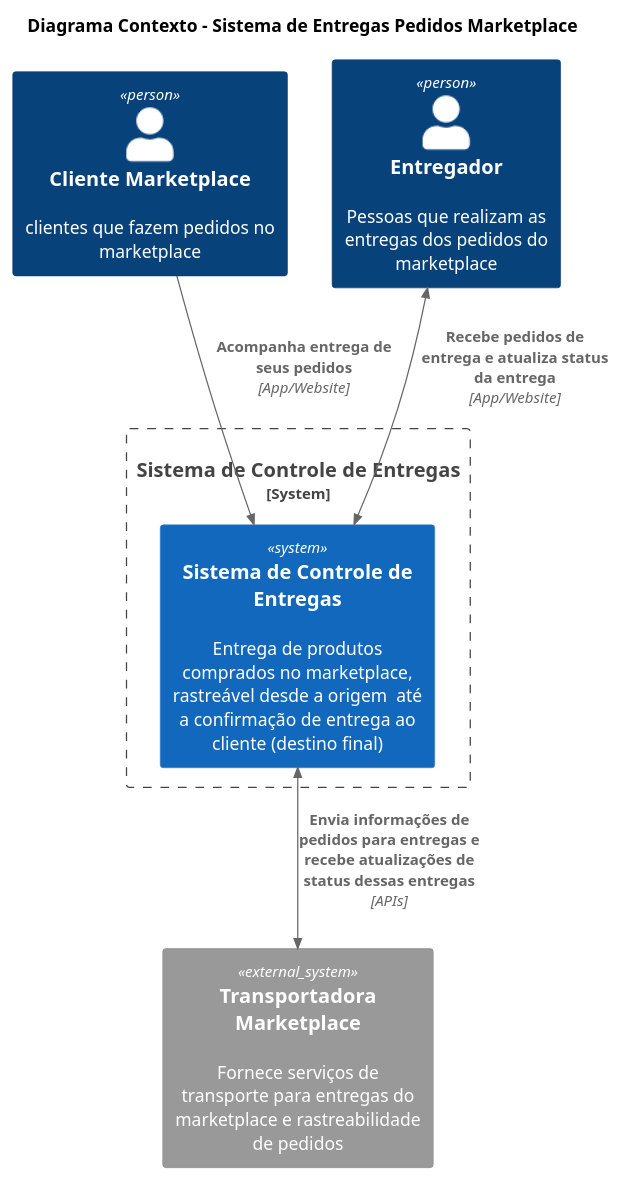
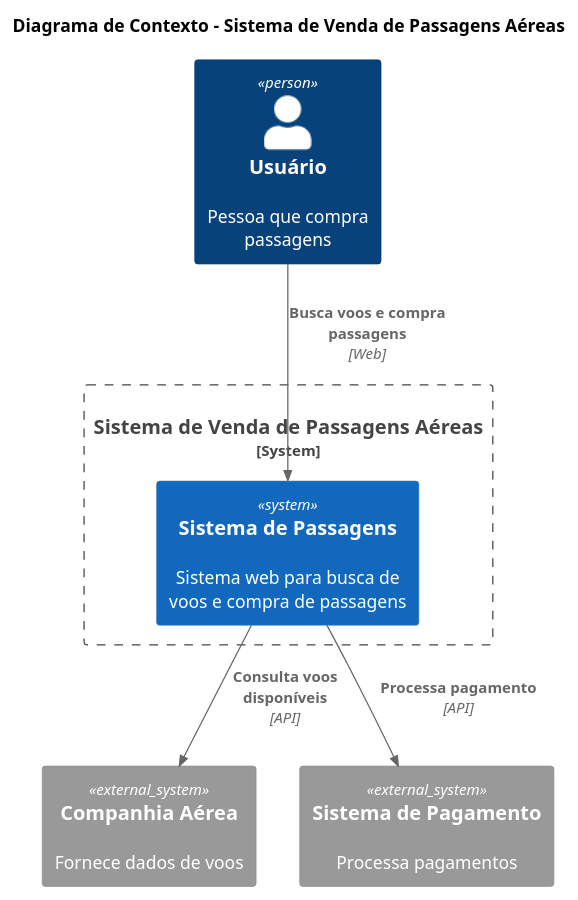
Before and after one commit to Larissa240/PW-Sistema_de_Venda_de_Passagens: the diagram in MODELC4/contexto.puml, drawn with PlantUML. The commit also changed 923 other files, not shown here.

```diff
--- a/MODELC4/contexto.puml
+++ b/MODELC4/contexto.puml
@@ -1,18 +1,20 @@
-@startuml C4_Context
-!include https://raw.githubusercontent.com/RicardoNiepel/C4-PlantUML/master/C4_Context.puml
+@startuml
+!includeurl https://raw.githubusercontent.com/plantuml-stdlib/C4-PlantUML/master/C4_Context.puml
 
-title Diagrama Contexto - Sistema de Entregas Pedidos Marketplace
+title Diagrama de Contexto - Sistema de Venda de Passagens Aéreas
 
-Person(Cliente, "Cliente Marketplace", "clientes que fazem pedidos no marketplace")
-Person(Entregador, "Entregador", "Pessoas que realizam as entregas dos pedidos do marketplace")
+Person(usuario, "Usuário", "Pessoa que compra passagens")
 
-System_Boundary(Systema_entrega, "Sistema de Controle de Entregas"){
-  System(Entregas_market, "Sistema de Controle de Entregas", "Entrega de produtos comprados no marketplace, rastreável desde a origem  até a confirmação de entrega ao cliente (destino final)")
+System_Boundary(sistema_passagens, "Sistema de Venda de Passagens Aéreas") {
+    System(passagens, "Sistema de Passagens", "Sistema web para busca de voos e compra de passagens")
 }
-System_Ext(Transportadora, "Transportadora Marketplace", "Fornece serviços de transporte para entregas do marketplace e rastreabilidade de pedidos")
 
+System_Ext(companhia, "Companhia Aérea", "Fornece dados de voos")
 
-Rel(Cliente, Entregas_market, "Acompanha entrega de seus pedidos", "App/Website")
-BiRel(Entregador, Entregas_market, "Recebe pedidos de entrega e atualiza status da entrega", "App/Website")
-BiRel(Entregas_market, Transportadora, "Envia informações de pedidos para entregas e recebe atualizações de status dessas entregas", "APIs")
+System_Ext(pagamento, "Sistema de Pagamento", "Processa pagamentos")
+
+Rel(usuario, passagens, "Busca voos e compra passagens", "Web")
+Rel(passagens, companhia, "Consulta voos disponíveis", "API")
+Rel(passagens, pagamento, "Processa pagamento", "API")
+
 @enduml
```
